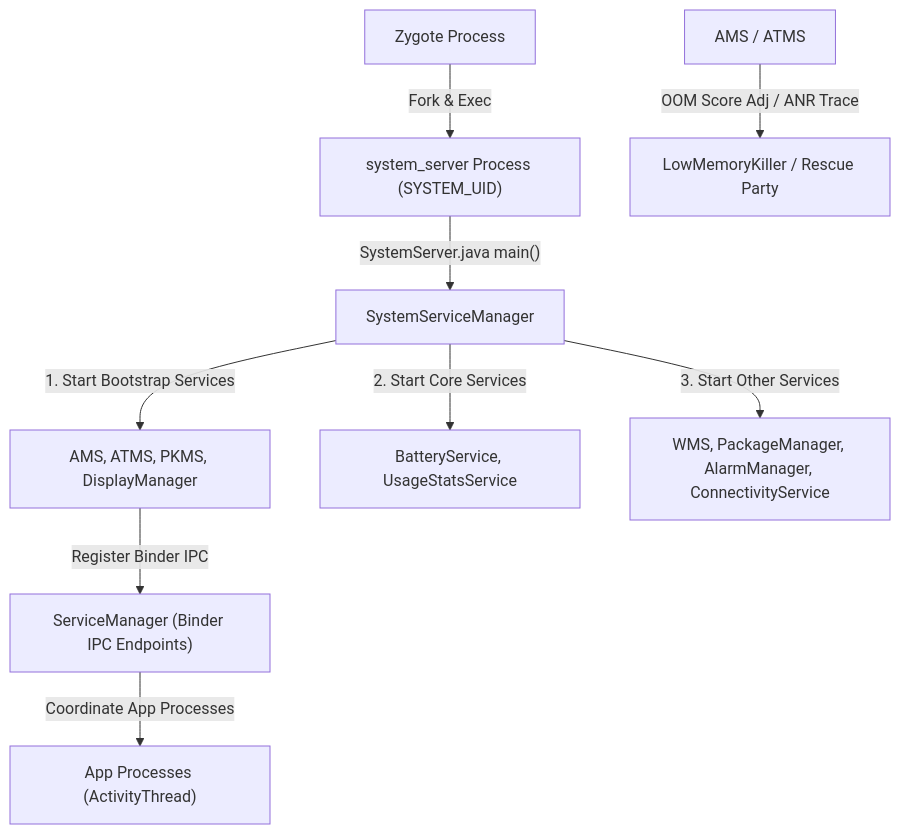
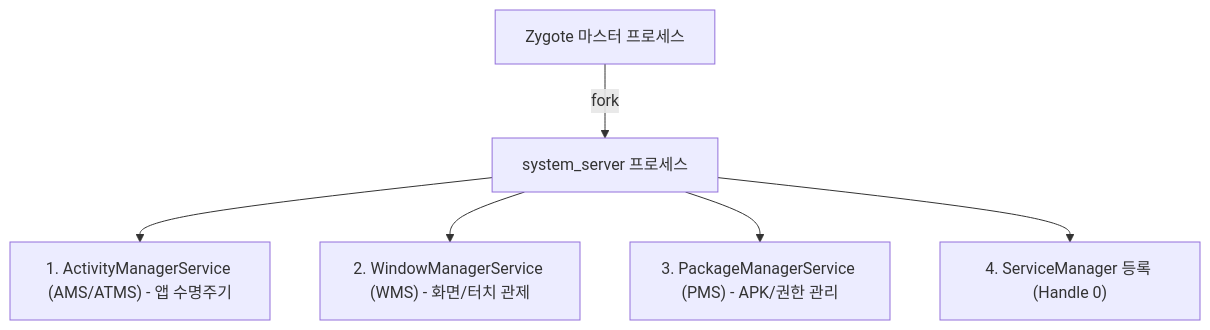
One commit to youngmin-gwon/what-i-studied changed the diagram in 01_inbox/mobile/android/01_system_internals/boot-and-runtime/system-server/system-server.md. Above: the diagram before and after it, drawn with Mermaid. The commit also changed other lines of this file and 500 other files, not shown here.

````diff
--- a/01_inbox/mobile/android/01_system_internals/boot-and-runtime/system-server/system-server.md
+++ b/01_inbox/mobile/android/01_system_internals/boot-and-runtime/system-server/system-server.md
@@ -13,11 +25,8 @@
 ```mermaid
-flowchart TD
-    ZYGOTE["Zygote Process"] -->|"Fork & Exec"| SS["system_server Process (SYSTEM_UID)"]
-    SS -->|"SystemServer.java main()"| SM["SystemServiceManager"]
-    SM -->|"1. Start Bootstrap Services"| BOOT["AMS, ATMS, PKMS, DisplayManager"]
-    SM -->|"2. Start Core Services"| CORE["BatteryService, UsageStatsService"]
-    SM -->|"3. Start Other Services"| OTHER["WMS, PackageManager, AlarmManager, ConnectivityService"]
-    BOOT -->|"Register Binder IPC"| REG["ServiceManager (Binder IPC Endpoints)"]
-    REG -->|"Coordinate App Processes"| APP["App Processes (ActivityThread)"]
-    AMS["AMS / ATMS"] -->|"OOM Score Adj / ANR Trace"| POLICY["LowMemoryKiller / Rescue Party"]
+graph TD
+    Zygote["Zygote 마스터 프로세스"] -->|"fork"| SS["system_server 프로세스"]
+    SS --> AMS["1. ActivityManagerService (AMS/ATMS) - 앱 수명주기"]
+    SS --> WMS["2. WindowManagerService (WMS) - 화면/터치 관제"]
+    SS --> PMS["3. PackageManagerService (PMS) - APK/권한 관리"]
+    SS --> SM["4. ServiceManager 등록 (Handle 0)"]
 ```
````
